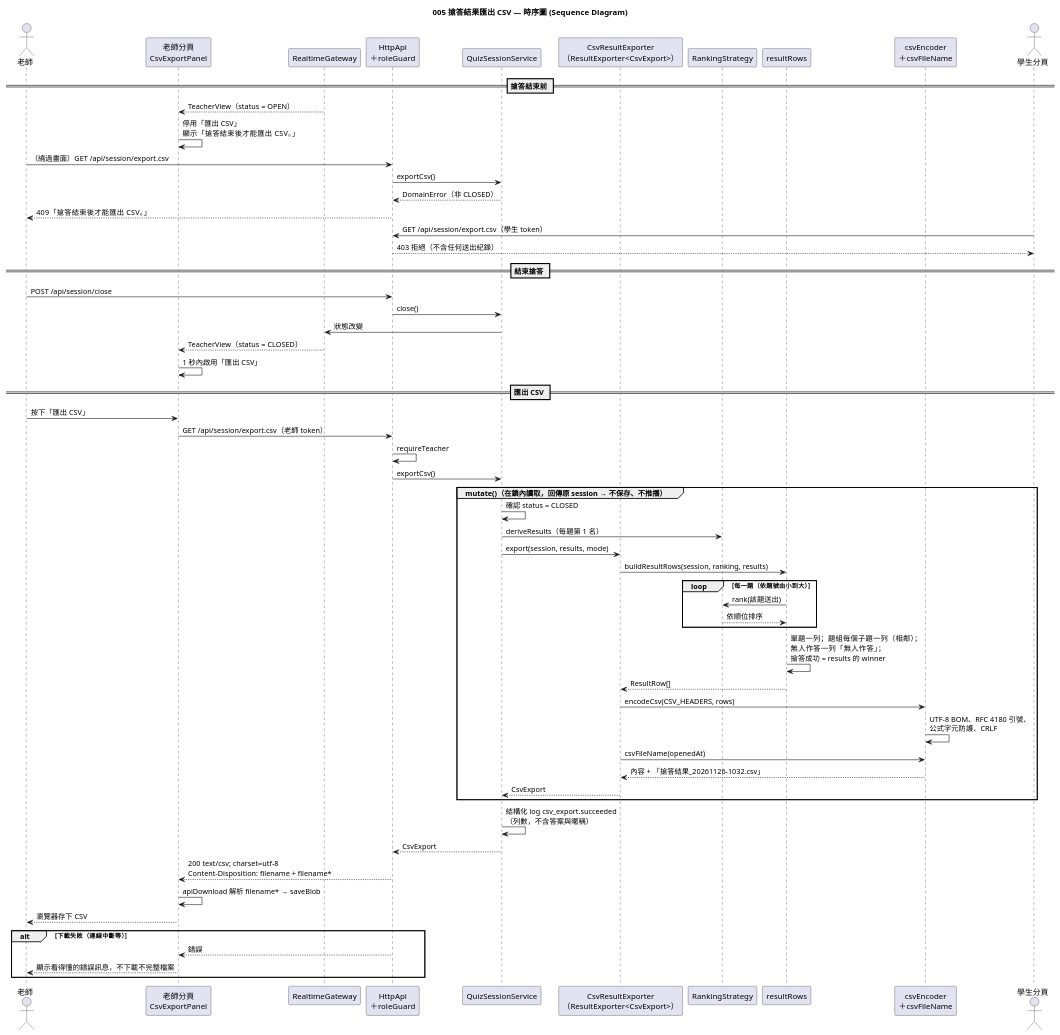
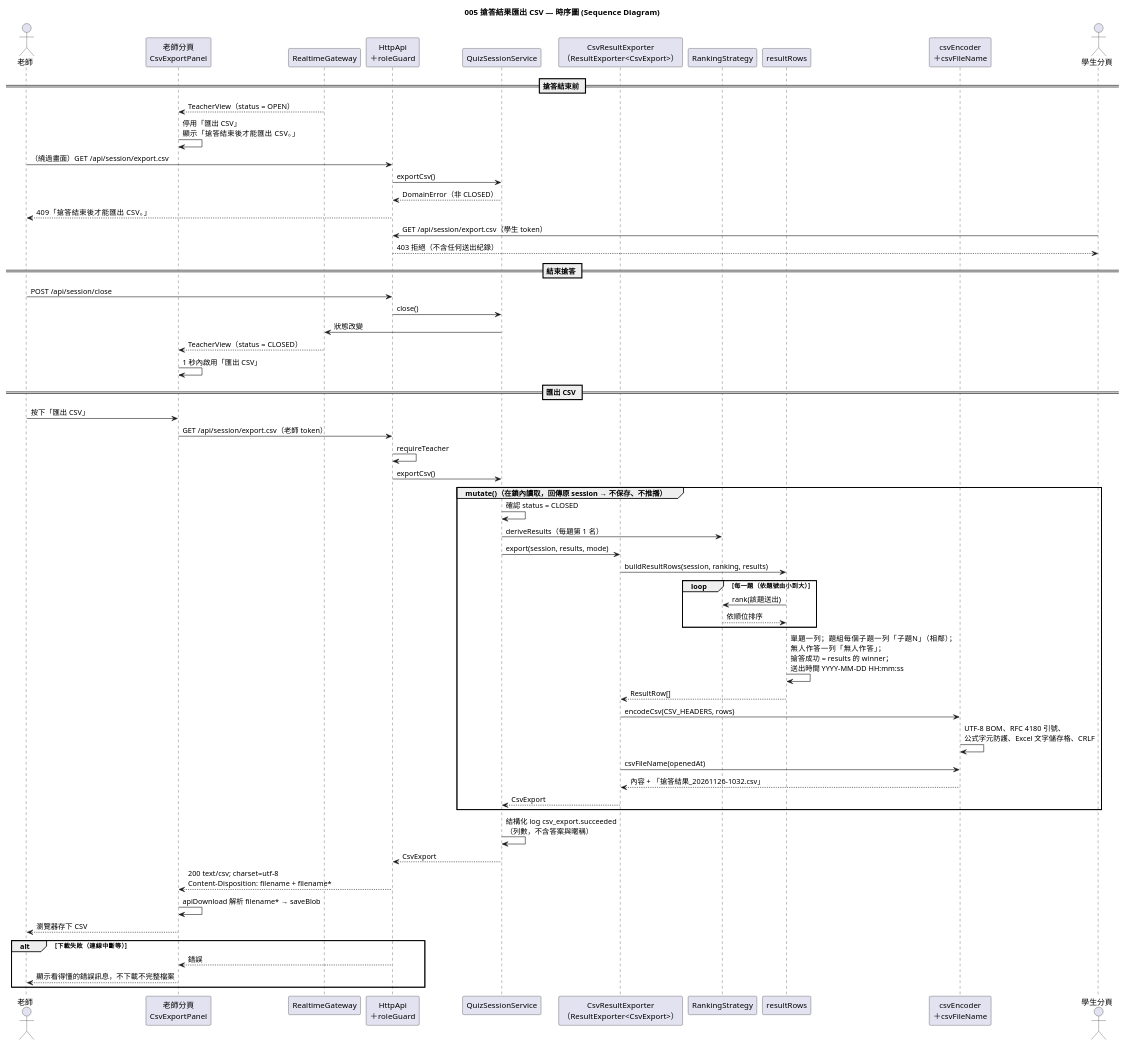
One commit to kevin20694569/classroom_response_system changed the diagram in diagrams/005-results-csv-export-sequence.puml. Above: the diagram before and after it, drawn with PlantUML. The commit also changed 9 other files, not shown here.

First line of the commit message:
docs(005): converge diagrams, spec numbering and plan with Excel fixes

```diff
--- a/diagrams/005-results-csv-export-sequence.puml
+++ b/diagrams/005-results-csv-export-sequence.puml
@@ -1,67 +1,67 @@
 @startuml 005-results-csv-export-sequence
 ' 子功能 005：搶答結果匯出 CSV — 時序圖
 skinparam defaultFontName "PingFang TC"
 title 005 搶答結果匯出 CSV — 時序圖 (Sequence Diagram)
 
 actor "老師" as T
 participant "老師分頁\nCsvExportPanel" as Panel
 participant "RealtimeGateway" as RT
 participant "HttpApi\n＋roleGuard" as Http
 participant "QuizSessionService" as Svc
 participant "CsvResultExporter\n（ResultExporter<CsvExport>）" as Csv
 participant "RankingStrategy" as Rank
 participant "resultRows" as Rows
 participant "csvEncoder\n＋csvFileName" as Enc
 actor "學生分頁" as S
 
 == 搶答結束前 ==
 RT --> Panel : TeacherView（status = OPEN）
 Panel -> Panel : 停用「匯出 CSV」\n顯示「搶答結束後才能匯出 CSV。」
 T -> Http : （繞過畫面）GET /api/session/export.csv
 Http -> Svc : exportCsv()
 Svc --> Http : DomainError（非 CLOSED）
 Http --> T : 409「搶答結束後才能匯出 CSV。」
 
 S -> Http : GET /api/session/export.csv（學生 token）
 Http --> S : 403 拒絕（不含任何送出紀錄）
 
 == 結束搶答 ==
 T -> Http : POST /api/session/close
 Http -> Svc : close()
 Svc -> RT : 狀態改變
 RT --> Panel : TeacherView（status = CLOSED）
 Panel -> Panel : 1 秒內啟用「匯出 CSV」
 
 == 匯出 CSV ==
 T -> Panel : 按下「匯出 CSV」
 Panel -> Http : GET /api/session/export.csv（老師 token）
 Http -> Http : requireTeacher
 Http -> Svc : exportCsv()
 group mutate()（在鎖內讀取，回傳原 session → 不保存、不推播）
   Svc -> Svc : 確認 status = CLOSED
   Svc -> Rank : deriveResults（每題第 1 名）
   Svc -> Csv : export(session, results, mode)
   Csv -> Rows : buildResultRows(session, ranking, results)
   loop 每一題（依題號由小到大）
     Rows -> Rank : rank(該題送出)
     Rank --> Rows : 依順位排序
   end
-  Rows -> Rows : 單題一列；題組每個子題一列（相鄰）；\n無人作答一列「無人作答」；\n搶答成功 = results 的 winner
+  Rows -> Rows : 單題一列；題組每個子題一列「子題N」（相鄰）；\n無人作答一列「無人作答」；\n搶答成功 = results 的 winner；\n送出時間 YYYY-MM-DD HH:mm:ss
   Rows --> Csv : ResultRow[]
   Csv -> Enc : encodeCsv(CSV_HEADERS, rows)
-  Enc -> Enc : UTF-8 BOM、RFC 4180 引號、\n公式字元防護、CRLF
+  Enc -> Enc : UTF-8 BOM、RFC 4180 引號、\n公式字元防護、Excel 文字儲存格、CRLF
   Csv -> Enc : csvFileName(openedAt)
   Enc --> Csv : 內容 + 「搶答結果_20261126-1032.csv」
   Csv --> Svc : CsvExport
 end
 Svc -> Svc : 結構化 log csv_export.succeeded\n（列數，不含答案與暱稱）
 Svc --> Http : CsvExport
 Http --> Panel : 200 text/csv; charset=utf-8\nContent-Disposition: filename + filename*
 Panel -> Panel : apiDownload 解析 filename* → saveBlob
 Panel --> T : 瀏覽器存下 CSV
 
 alt 下載失敗（連線中斷等）
   Http --> Panel : 錯誤
   Panel --> T : 顯示看得懂的錯誤訊息，不下載不完整檔案
 end
 @enduml
```
